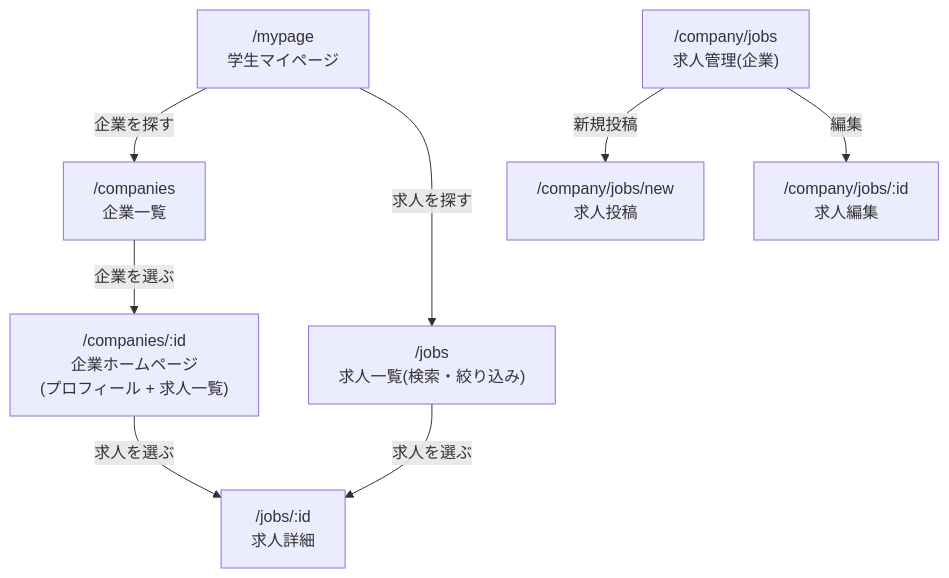
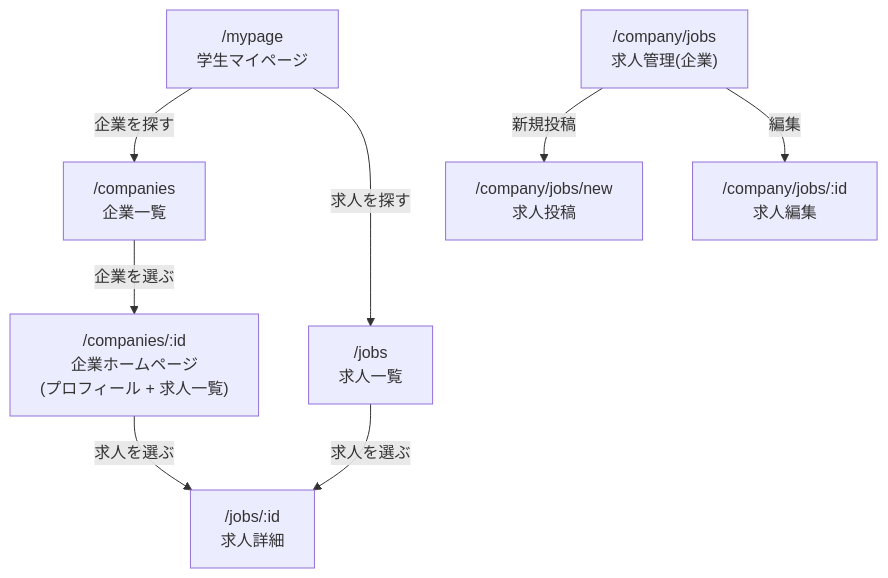
The third of 3 diagrams in docs/SCREEN_FLOW.md (s1f10240069/intern-scout-service), drawn with Mermaid before and after one commit. The commit also changed other lines of this file and 6 other files, not shown here.

````diff
--- a/docs/SCREEN_FLOW.md
+++ b/docs/SCREEN_FLOW.md
@@ -84,14 +84,14 @@
 ```mermaid
 flowchart TD
     MYPAGE["/mypage<br/>学生マイページ"]
 
     MYPAGE -->|企業を探す| COMPANIES["/companies<br/>企業一覧"]
-    MYPAGE -->|求人を探す| JOBS["/jobs<br/>求人一覧(検索・絞り込み)"]
+    MYPAGE -->|求人を探す| JOBS["/jobs<br/>求人一覧"]
     COMPANIES -->|企業を選ぶ| CHOME["/companies/:id<br/>企業ホームページ<br/>(プロフィール + 求人一覧)"]
     CHOME -->|求人を選ぶ| JOB["/jobs/:id<br/>求人詳細"]
     JOBS -->|求人を選ぶ| JOB
 
     CJOBLIST["/company/jobs<br/>求人管理(企業)"]
     CJOBLIST -->|新規投稿| CJOBNEW["/company/jobs/new<br/>求人投稿"]
     CJOBLIST -->|編集| CJOBEDIT["/company/jobs/:id<br/>求人編集"]
 ```
````
